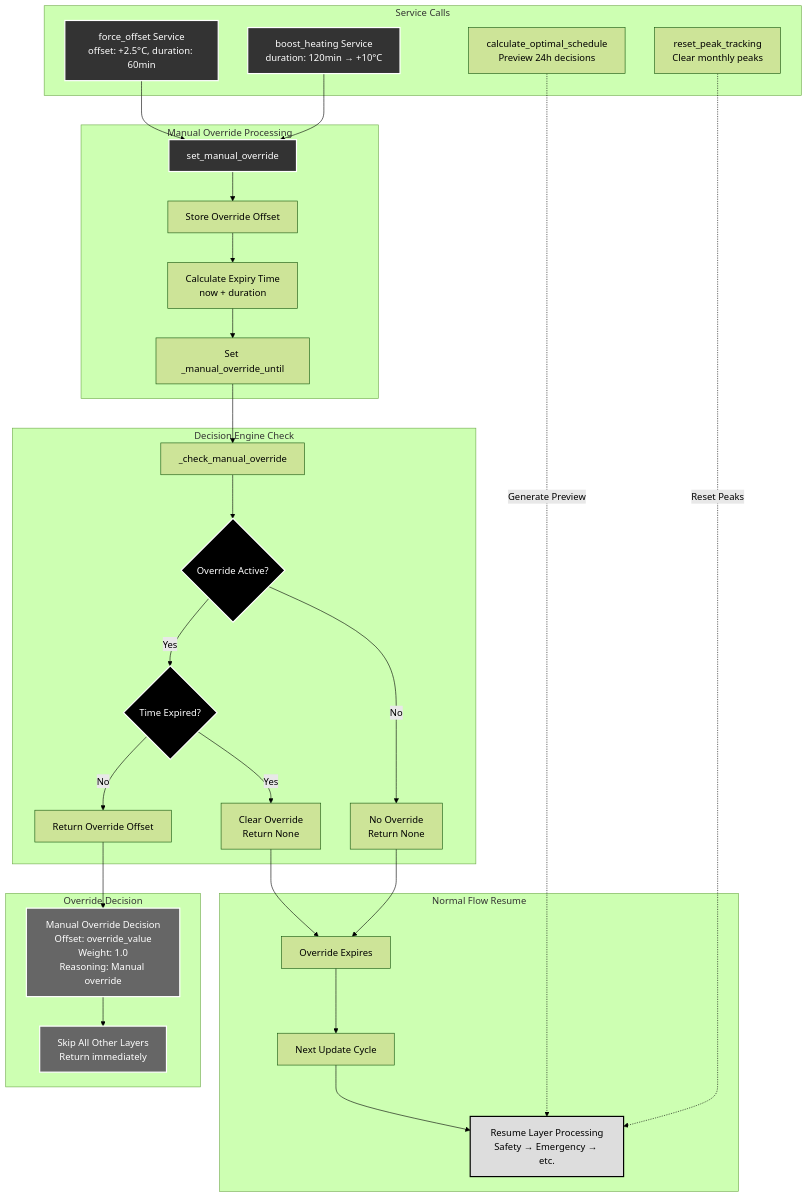
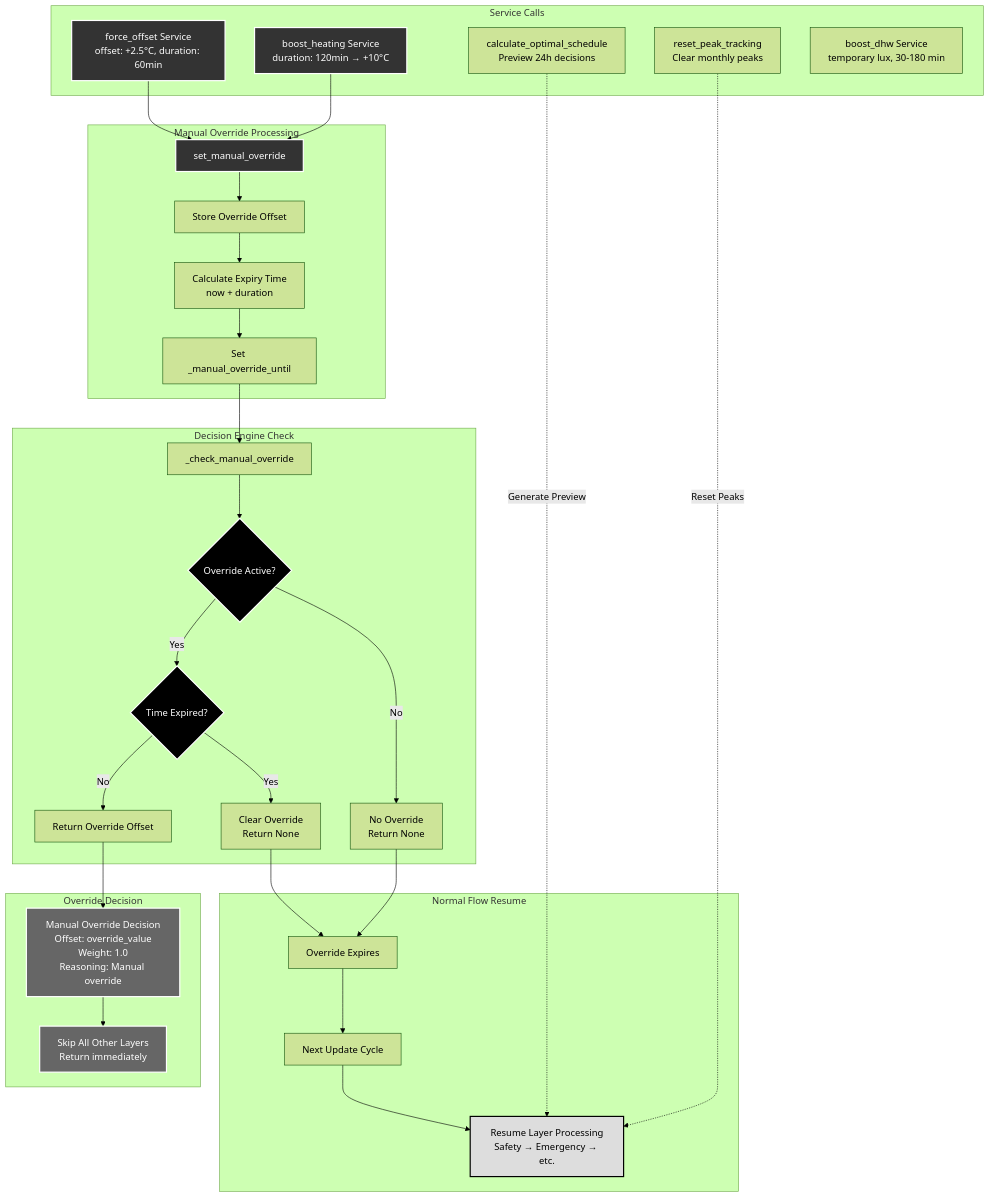
Before and after one commit to enoch85/EffektGuard: the diagram in docs/architecture/07_manual_override_services.md, drawn with Mermaid (forest theme). The commit also changed other lines of this file and 32 other files, not shown here.

````diff
--- a/docs/architecture/07_manual_override_services.md
+++ b/docs/architecture/07_manual_override_services.md
@@ -5,74 +5,75 @@
 ```mermaid
 flowchart TD
     subgraph "Service Calls"
         A[force_offset Service<br/>offset: +2.5°C, duration: 60min]
         B[boost_heating Service<br/>duration: 120min → +10°C]
         C[calculate_optimal_schedule<br/>Preview 24h decisions]
         D[reset_peak_tracking<br/>Clear monthly peaks]
+        D2[boost_dhw Service<br/>temporary lux, 30-180 min]
     end
 
     subgraph "Manual Override Processing"
         E[set_manual_override]
         F[Store Override Offset]
         G[Calculate Expiry Time<br/>now + duration]
         H[Set _manual_override_until]
     end
 
     subgraph "Decision Engine Check"
         I[_check_manual_override]
         J{Override Active?}
         K{Time Expired?}
         L[Return Override Offset]
         M[Clear Override<br/>Return None]
         N[No Override<br/>Return None]
     end
 
     subgraph "Override Decision"
         O[Manual Override Decision<br/>Offset: override_value<br/>Weight: 1.0<br/>Reasoning: Manual override]
         P[Skip All Other Layers<br/>Return immediately]
     end
 
     subgraph "Normal Flow Resume"
         Q[Override Expires]
         R[Next Update Cycle]
         S[Resume Layer Processing<br/>Safety → Emergency → etc.]
     end
 
     %% Flow
     A --> E
     B --> E
     E --> F
     F --> G
     G --> H
     
     H --> I
     I --> J
     J -->|Yes| K
     J -->|No| N
     K -->|No| L
     K -->|Yes| M
     
     L --> O
     O --> P
     
     M --> Q
     N --> Q
     Q --> R
     R --> S
     
     %% Service flows
     C -.-> |Generate Preview| S
     D -.-> |Reset Peaks| S
 
     %% Styling
     style A fill:#333,stroke:#fff,stroke-width:2px,color:#fff
     style B fill:#333,stroke:#fff,stroke-width:2px,color:#fff
     style E fill:#333,stroke:#fff,stroke-width:2px,color:#fff
     
     style J fill:#000,stroke:#fff,stroke-width:2px,color:#fff
     style K fill:#000,stroke:#fff,stroke-width:2px,color:#fff
     
     style O fill:#666,stroke:#fff,stroke-width:2px,color:#fff
     style P fill:#666,stroke:#fff,stroke-width:2px,color:#fff
     style S fill:#ddd,stroke:#000,stroke-width:2px,color:#000
 ```
````
